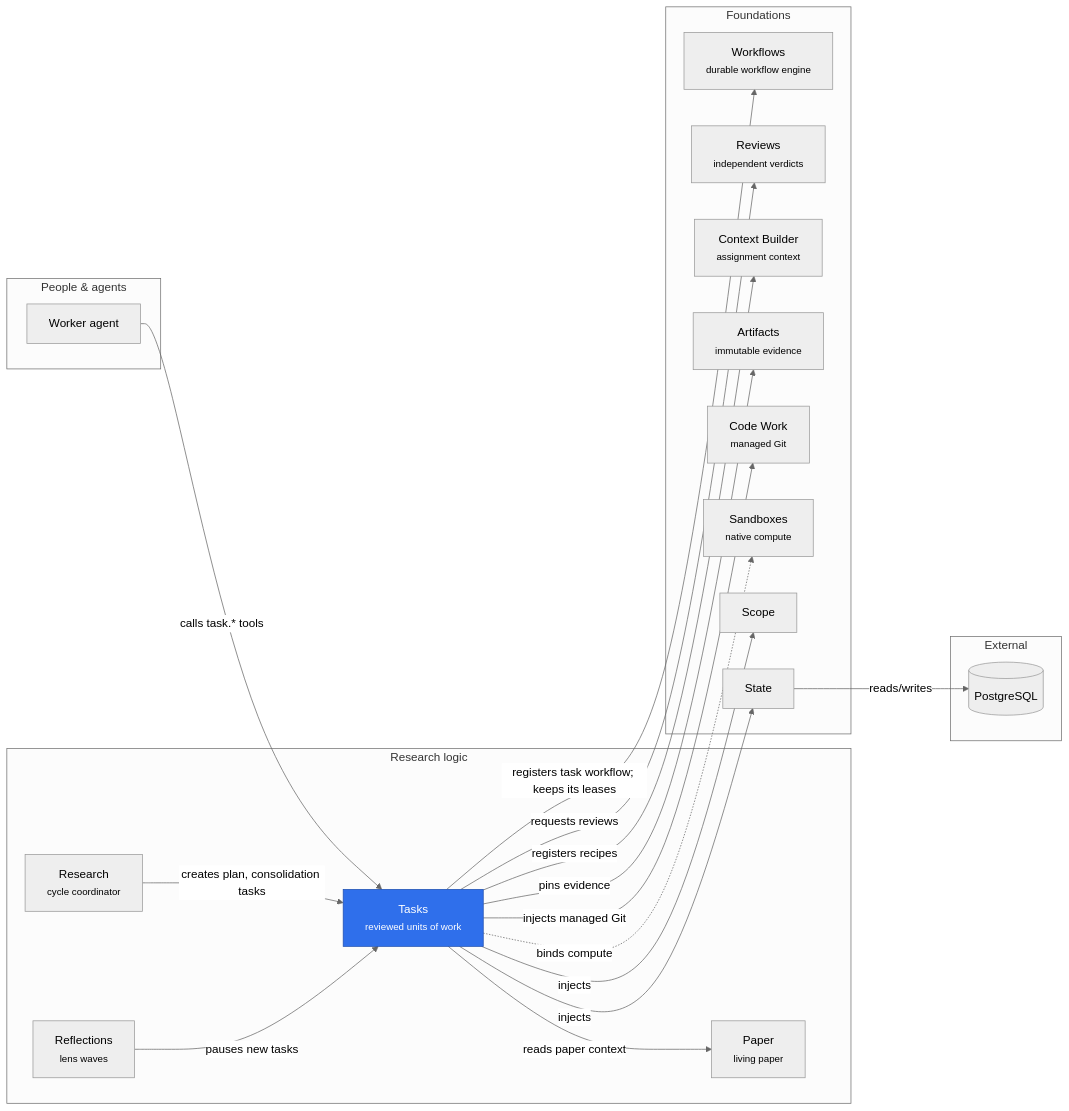
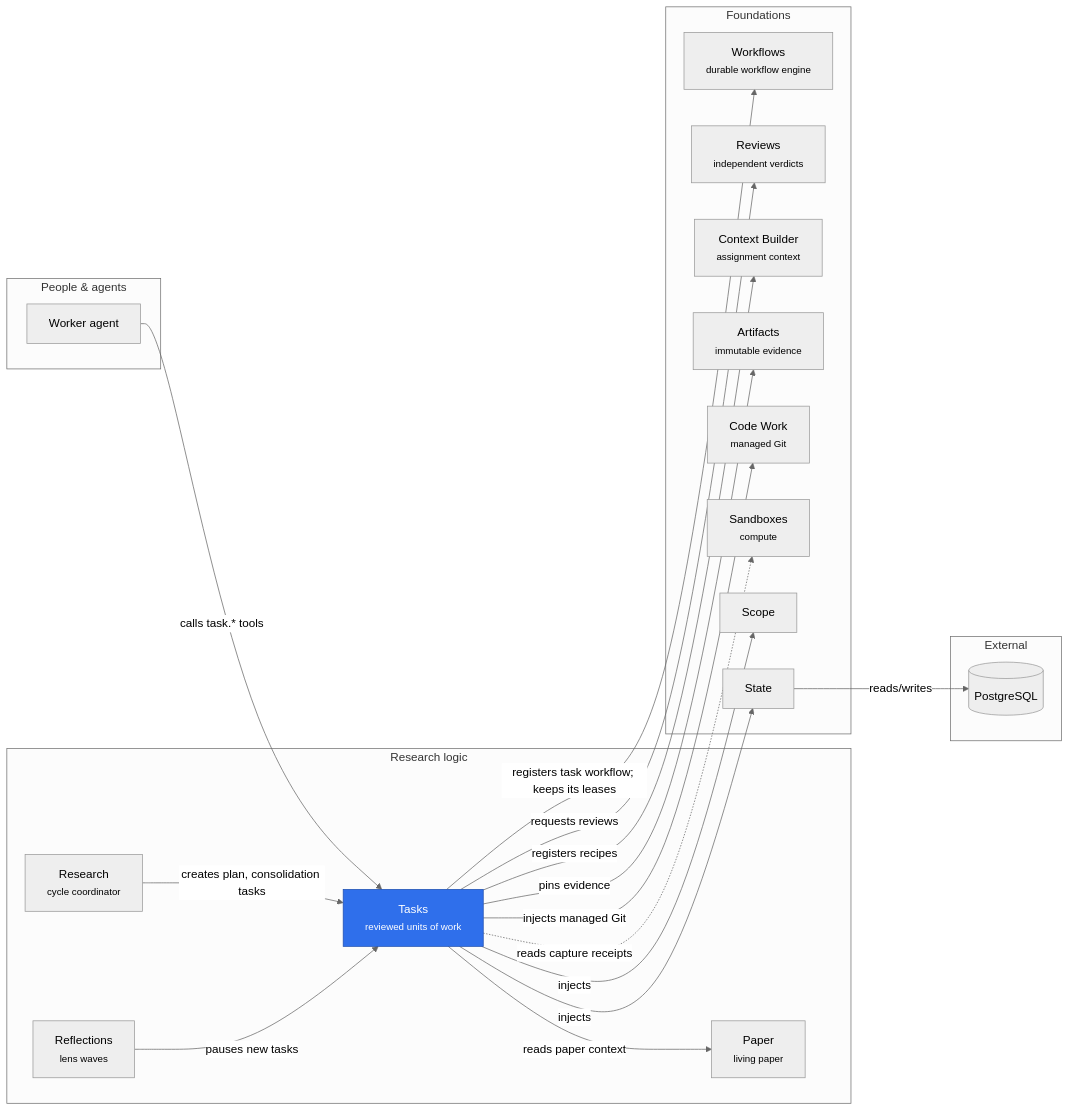
Before and after one commit to rapidreview-io/Merv: the diagram in merv-typescript/packages/tasks/README.md, drawn with Mermaid (neutral theme). The commit also changed other lines of this file and 27 other files, not shown here.

````diff
--- a/merv-typescript/packages/tasks/README.md
+++ b/merv-typescript/packages/tasks/README.md
@@ -7,40 +7,40 @@
 ```mermaid
 flowchart LR
   subgraph people["People & agents"]
     worker["Worker agent"]
   end
   subgraph logic["Research logic"]
     tasks["Tasks<br/><small>reviewed units of work</small>"]
     research["Research<br/><small>cycle coordinator</small>"]
     reflections["Reflections<br/><small>lens waves</small>"]
     paper["Paper<br/><small>living paper</small>"]
   end
   subgraph foundations["Foundations"]
     workflows["Workflows<br/><small>durable workflow engine</small>"]
     reviews["Reviews<br/><small>independent verdicts</small>"]
     contextBuilder["Context Builder<br/><small>assignment context</small>"]
     artifacts["Artifacts<br/><small>immutable evidence</small>"]
     codeWork["Code Work<br/><small>managed Git</small>"]
-    sandboxes["Sandboxes<br/><small>native compute</small>"]
+    sandboxes["Sandboxes<br/><small>compute</small>"]
     scope["Scope"]
     state["State"]
   end
   subgraph external["External"]
     postgres[("PostgreSQL")]
   end
   worker -- "calls task.* tools" --> tasks
   research -- "creates plan, consolidation tasks" --> tasks
   reflections -- "pauses new tasks" --> tasks
   tasks -- "registers task workflow; keeps its leases" --> workflows
   tasks -- "requests reviews" --> reviews
   tasks -- "registers recipes" --> contextBuilder
   tasks -- "reads paper context" --> paper
   tasks -- "pins evidence" --> artifacts
   tasks -- "injects managed Git" --> codeWork
-  tasks -. "binds compute" .-> sandboxes
+  tasks -. "reads capture receipts" .-> sandboxes
   tasks -- "injects" --> scope
   tasks -- "injects" --> state
   state -- "reads/writes" --> postgres
   class tasks self
   classDef self fill:#2f6feb,color:#fff,stroke:#1f4fb0
 ```
````
